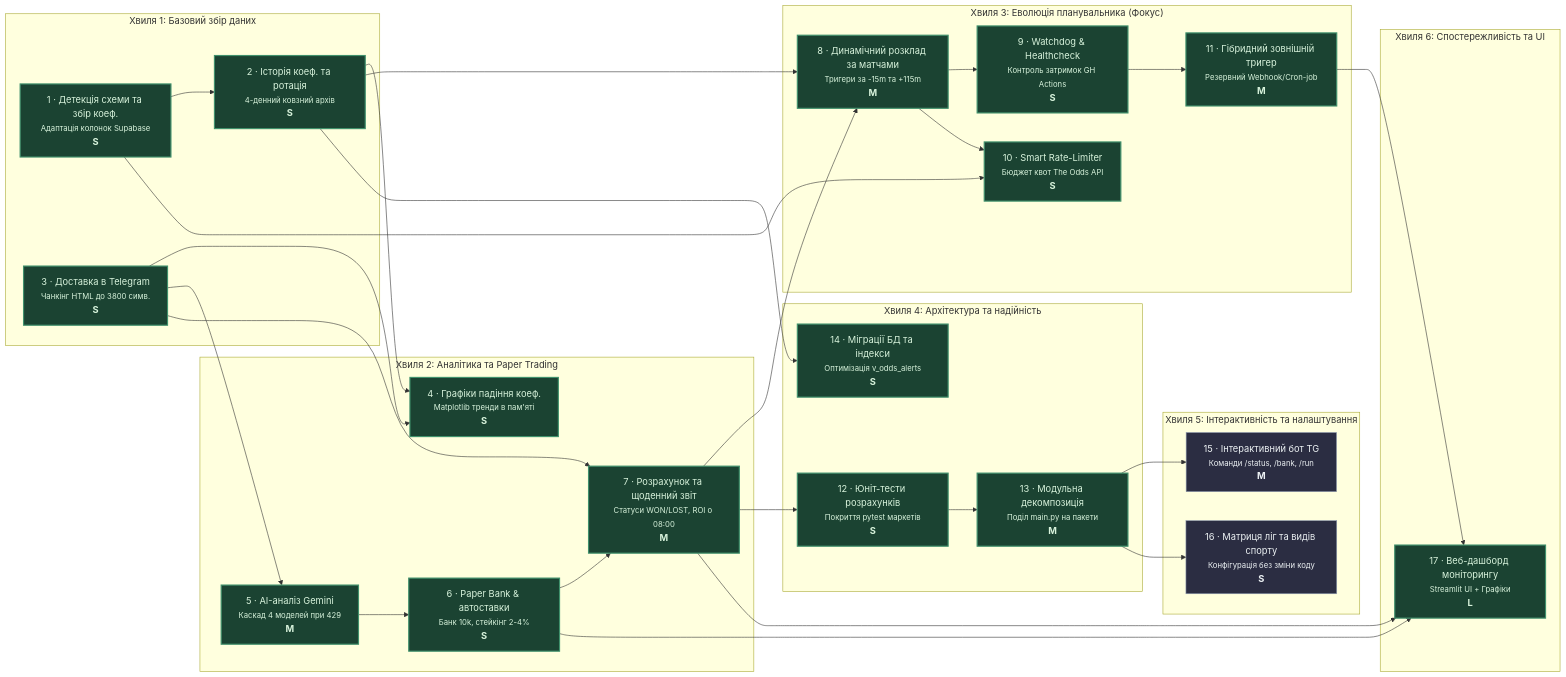
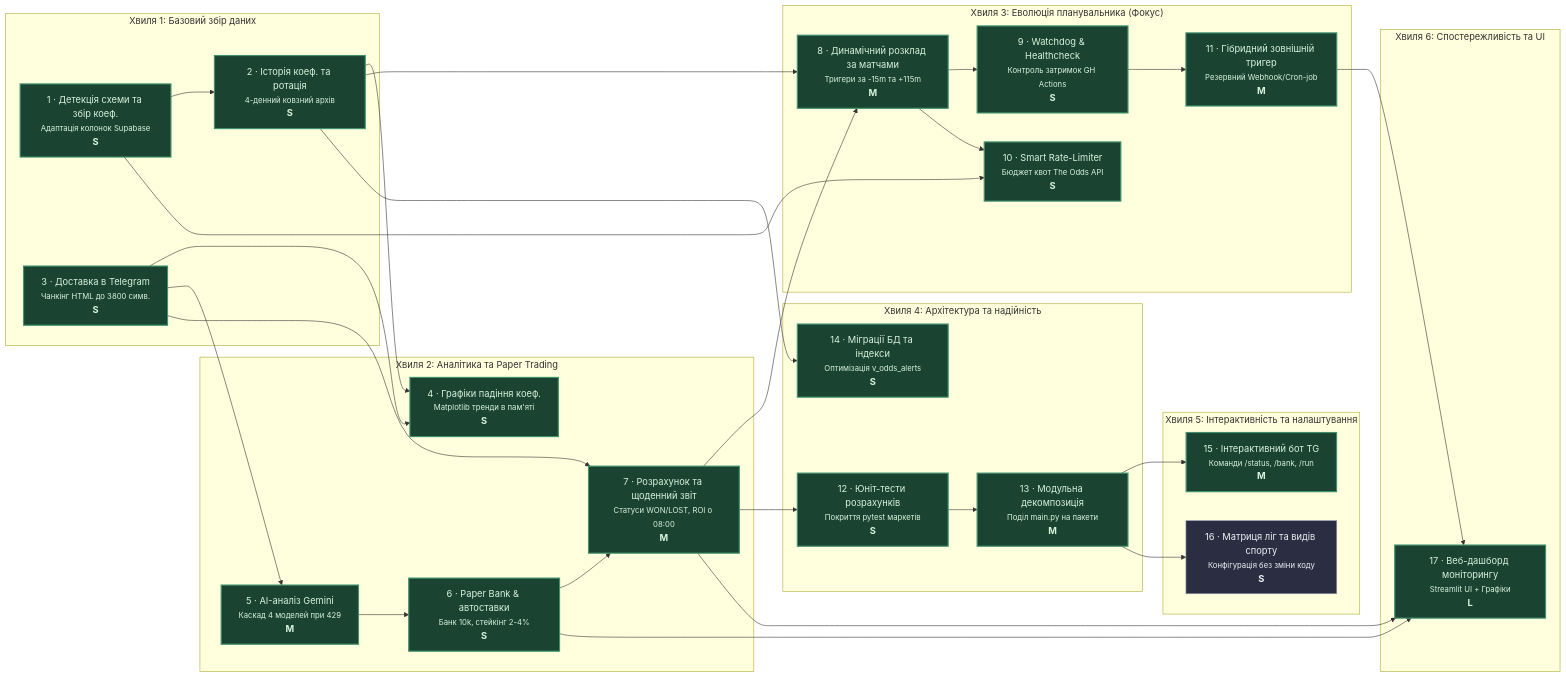
One commit to vsymchak/StatMonitor changed the diagram in docs/roadmap-diagram.md. Above: the diagram before and after it, drawn with Mermaid. The commit also changed other lines of this file and 11 other files, not shown here.

````diff
--- a/docs/roadmap-diagram.md
+++ b/docs/roadmap-diagram.md
@@ -8,73 +8,73 @@
 ```mermaid
 flowchart LR
     classDef shipped fill:#1b4332,stroke:#40916c,color:#d8f3dc,stroke-width:2px;
     classDef in_progress fill:#7f4f24,stroke:#d4a373,color:#faedcd,stroke-width:2px;
     classDef idea fill:#2b2d42,stroke:#8d99ae,color:#edf2f4,stroke-width:1px;
     classDef fog fill:#1e1e24,stroke:#4a4e69,color:#9a8c98,stroke-width:1px,stroke-dasharray: 4 4;
 
     subgraph Wave1["Хвиля 1: Базовий збір даних"]
         1["1 · Детекція схеми та збір коеф.<br><small>Адаптація колонок Supabase</small><br><b>S</b>"]:::shipped
         2["2 · Історія коеф. та ротація<br><small>4-денний ковзний архів</small><br><b>S</b>"]:::shipped
         3["3 · Доставка в Telegram<br><small>Чанкінг HTML до 3800 симв.</small><br><b>S</b>"]:::shipped
     end
 
     subgraph Wave2["Хвиля 2: Аналітика та Paper Trading"]
         4["4 · Графіки падіння коеф.<br><small>Matplotlib тренди в пам'яті</small><br><b>S</b>"]:::shipped
         5["5 · AI-аналіз Gemini<br><small>Каскад 4 моделей при 429</small><br><b>M</b>"]:::shipped
         6["6 · Paper Bank & автоставки<br><small>Банк 10k, стейкінг 2-4%</small><br><b>S</b>"]:::shipped
         7["7 · Розрахунок та щоденний звіт<br><small>Статуси WON/LOST, ROI о 08:00</small><br><b>M</b>"]:::shipped
     end
 
     subgraph Wave3["Хвиля 3: Еволюція планувальника (Фокус)"]
         8["8 · Динамічний розклад за матчами<br><small>Тригери за -15m та +115m</small><br><b>M</b>"]:::shipped
         9["9 · Watchdog & Healthcheck<br><small>Контроль затримок GH Actions</small><br><b>S</b>"]:::shipped
         10["10 · Smart Rate-Limiter<br><small>Бюджет квот The Odds API</small><br><b>S</b>"]:::shipped
         11["11 · Гібридний зовнішній тригер<br><small>Резервний Webhook/Cron-job</small><br><b>M</b>"]:::shipped
     end
 
     subgraph Wave4["Хвиля 4: Архітектура та надійність"]
         12["12 · Юніт-тести розрахунків<br><small>Покриття pytest маркетів</small><br><b>S</b>"]:::shipped
         13["13 · Модульна декомпозиція<br><small>Поділ main.py на пакети</small><br><b>M</b>"]:::shipped
         14["14 · Міграції БД та індекси<br><small>Оптимізація v_odds_alerts</small><br><b>S</b>"]:::shipped
     end
 
     subgraph Wave5["Хвиля 5: Інтерактивність та налаштування"]
-        15["15 · Інтерактивний бот TG<br><small>Команди /status, /bank, /run</small><br><b>M</b>"]:::idea
+        15["15 · Інтерактивний бот TG<br><small>Команди /status, /bank, /run</small><br><b>M</b>"]:::shipped
         16["16 · Матриця ліг та видів спорту<br><small>Конфігурація без зміни коду</small><br><b>S</b>"]:::idea
     end
 
     subgraph Wave6["Хвиля 6: Спостережливість та UI"]
         17["17 · Веб-дашборд моніторингу<br><small>Streamlit UI + Графіки</small><br><b>L</b>"]:::shipped
     end
 
     %% Залежності Хвилі 1 і 2
     1 --> 2
     2 --> 4
     3 --> 4
     3 --> 5
     5 --> 6
     6 --> 7
     3 --> 7
 
     %% Залежності Хвилі 3 (Планувальник)
     2 --> 8
     7 --> 8
     8 --> 9
     1 --> 10
     8 --> 10
     9 --> 11
 
     %% Залежності Хвилі 4
     7 --> 12
     12 --> 13
     2 --> 14
 
     %% Залежності Хвилі 5
     13 --> 15
     13 --> 16
 
     %% Wave 6 connections
     6 --> 17
     7 --> 17
     11 --> 17
 ```
````
